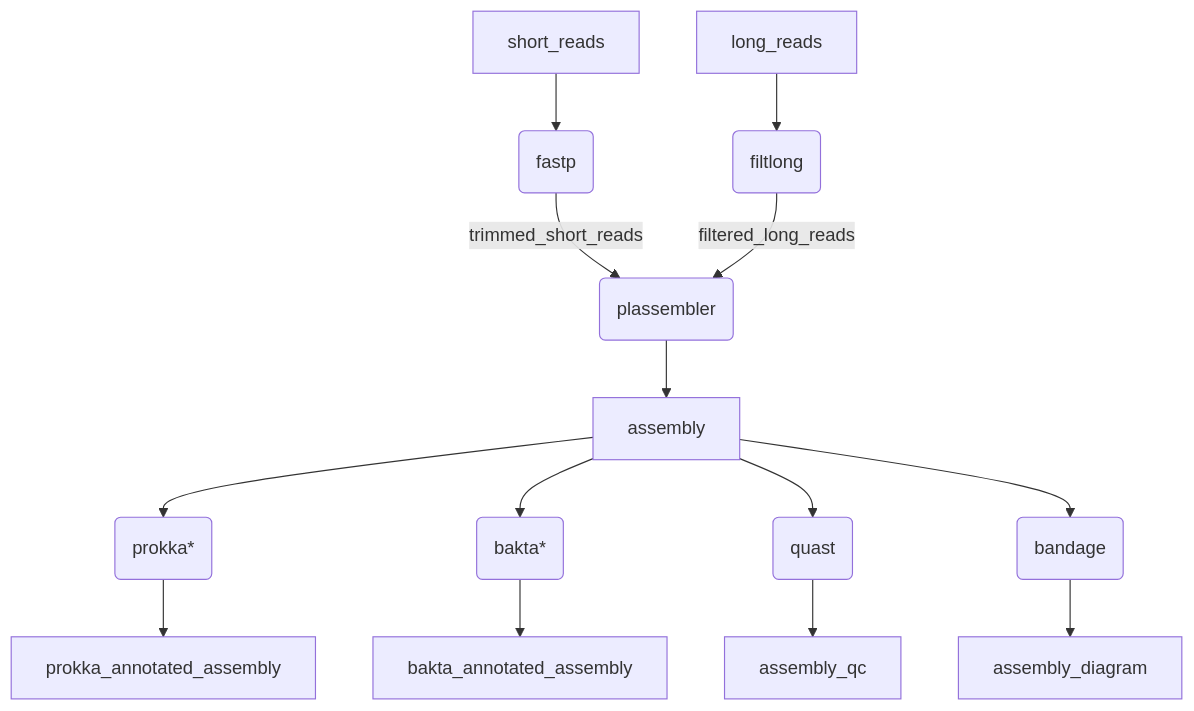
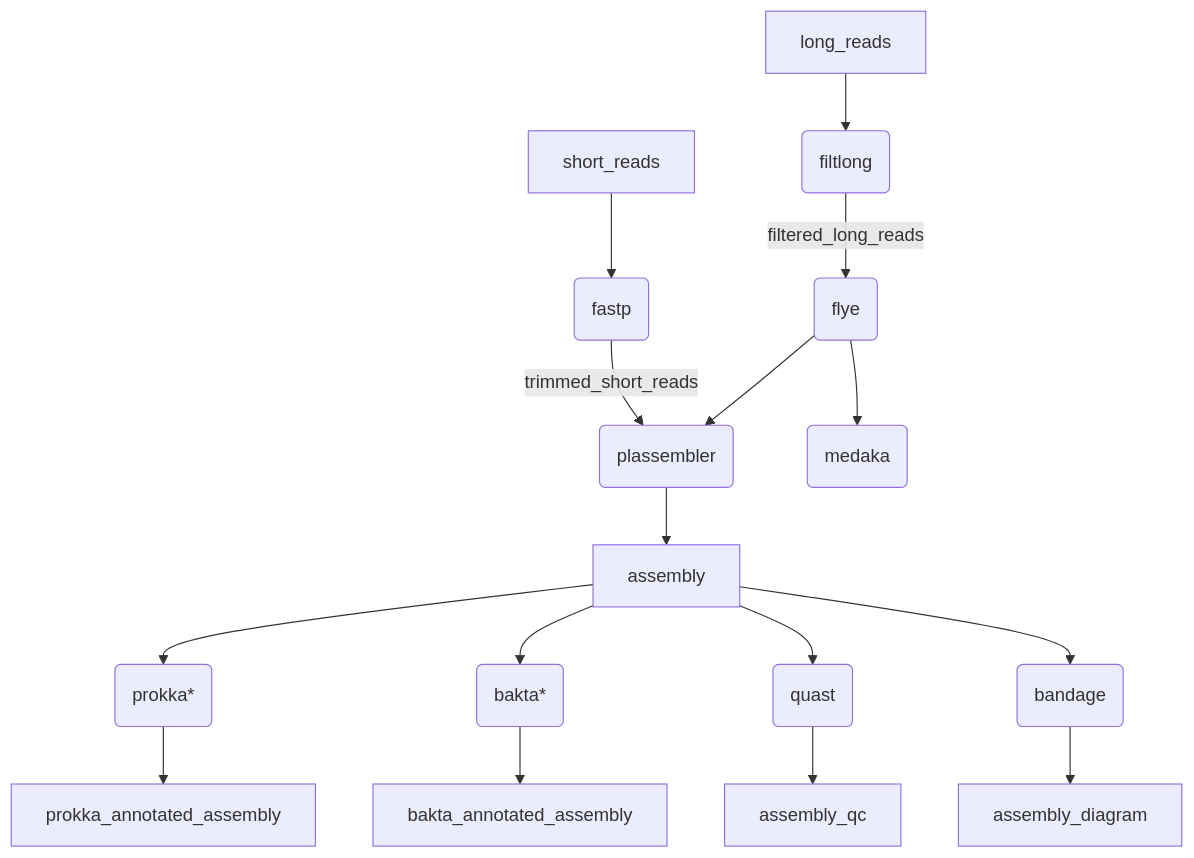
The diagram in README.md (BCCDC-PHL/plasmid-assembly), drawn with Mermaid before and after one commit. The commit also changed other lines of this file and 15 other files, not shown here.

````diff
--- a/README.md
+++ b/README.md
@@ -9,16 +9,18 @@
 ```mermaid
 flowchart TD
   short_reads --> fastp(fastp)
   fastp -- trimmed_short_reads --> plassembler(plassembler)
   long_reads --> filtlong(filtlong)
-  filtlong -- filtered_long_reads --> plassembler
+  filtlong -- filtered_long_reads --> flye(flye)
+  flye --> medaka(medaka)
+  flye --> plassembler
   plassembler --> assembly[assembly]
   assembly --> prokka(prokka*)
   assembly --> bakta(bakta*)
   assembly --> quast(quast)
   assembly --> bandage(bandage)
   prokka --> prokka_annotated_assembly
   bakta --> bakta_annotated_assembly
   quast --> assembly_qc
   bandage --> assembly_diagram
 ```
````
